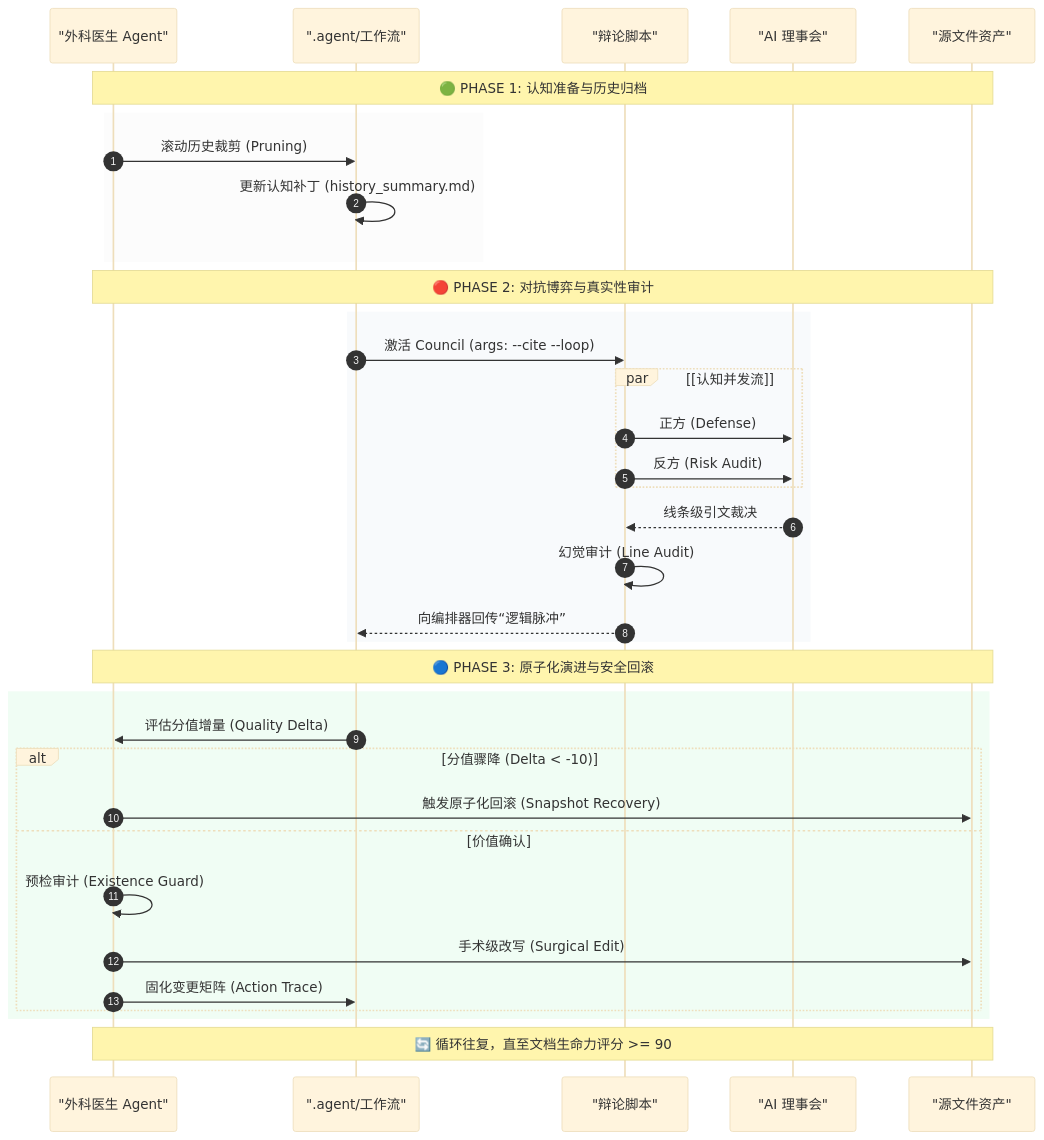
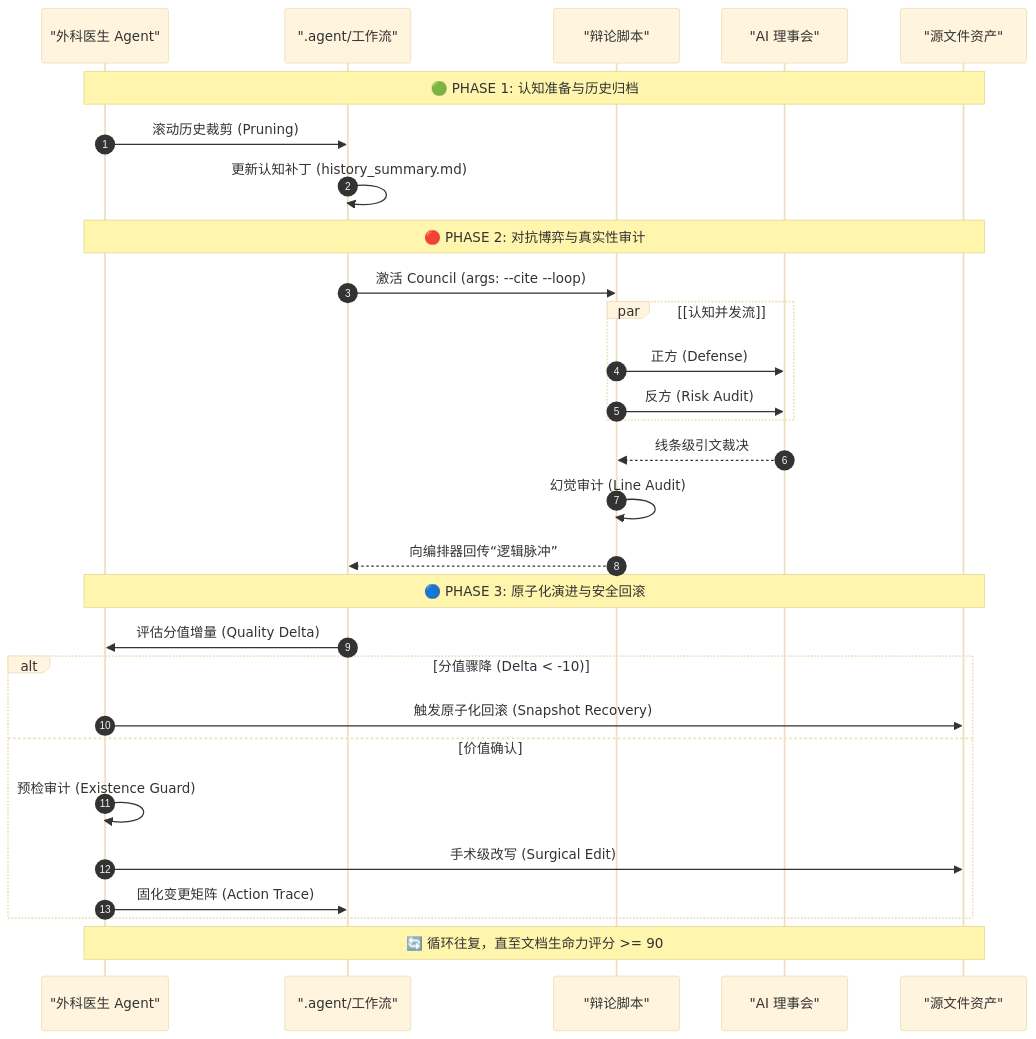
Before and after one commit to hrygo/SparkForge: the second of 2 diagrams in README.md, drawn with Mermaid (base theme). The commit also changed other lines of this file, not shown here.

Commit message:
style: optimize mermaid diagrams for dark mode compatibility

````diff
--- a/README.md
+++ b/README.md
@@ -112,40 +113,35 @@
 ```mermaid
 sequenceDiagram
     autonumber
+    %% Use subtle accents instead of heavy background blocks
     participant S as "外科医生 Agent"
     participant L as ".agent/工作流"
     participant D as "辩论脚本"
     participant C as "AI 理事会"
     participant T as "源文件资产"
 
     Note over S, T: 🟢 PHASE 1: 认知准备与历史归档
-    rect rgb(252, 252, 252)
-        S->>L: 滚动历史裁剪 (Pruning)
-        L->>L: 更新认知补丁 (history_summary.md)
-    end
+    S->>L: 滚动历史裁剪 (Pruning)
+    L->>L: 更新认知补丁 (history_summary.md)
 
     Note over S, T: 🔴 PHASE 2: 对抗博弈与真实性审计
-    rect rgb(248, 250, 252)
-        L->>D: 激活 Council (args: --cite --loop)
-        par [认知并发流]
-            D->>C: 正方 (Defense)
-            D->>C: 反方 (Risk Audit)
-        end
-        C-->>D: 线条级引文裁决
-        D->>D: 幻觉审计 (Line Audit)
-        D-->>L: 向编排器回传“逻辑脉冲”
+    L->>D: 激活 Council (args: --cite --loop)
+    par [认知并发流]
+        D->>C: 正方 (Defense)
+        D->>C: 反方 (Risk Audit)
     end
+    C-->>D: 线条级引文裁决
+    D->>D: 幻觉审计 (Line Audit)
+    D-->>L: 向编排器回传“逻辑脉冲”
 
     Note over S, T: 🔵 PHASE 3: 原子化演进与安全回滚
-    rect rgb(240, 253, 244)
-        L->>S: 评估分值增量 (Quality Delta)
-        alt 分值骤降 (Delta < -10)
-            S->>T: 触发原子化回滚 (Snapshot Recovery)
-        else 价值确认
-            S->>S: 预检审计 (Existence Guard)
-            S->>T: 手术级改写 (Surgical Edit)
-            S->>L: 固化变更矩阵 (Action Trace)
-        end
+    L->>S: 评估分值增量 (Quality Delta)
+    alt 分值骤降 (Delta < -10)
+        S->>T: 触发原子化回滚 (Snapshot Recovery)
+    else 价值确认
+        S->>S: 预检审计 (Existence Guard)
+        S->>T: 手术级改写 (Surgical Edit)
+        S->>L: 固化变更矩阵 (Action Trace)
     end
     Note over S, T: 🔄 循环往复，直至文档生命力评分 >= 90
 ```
````
